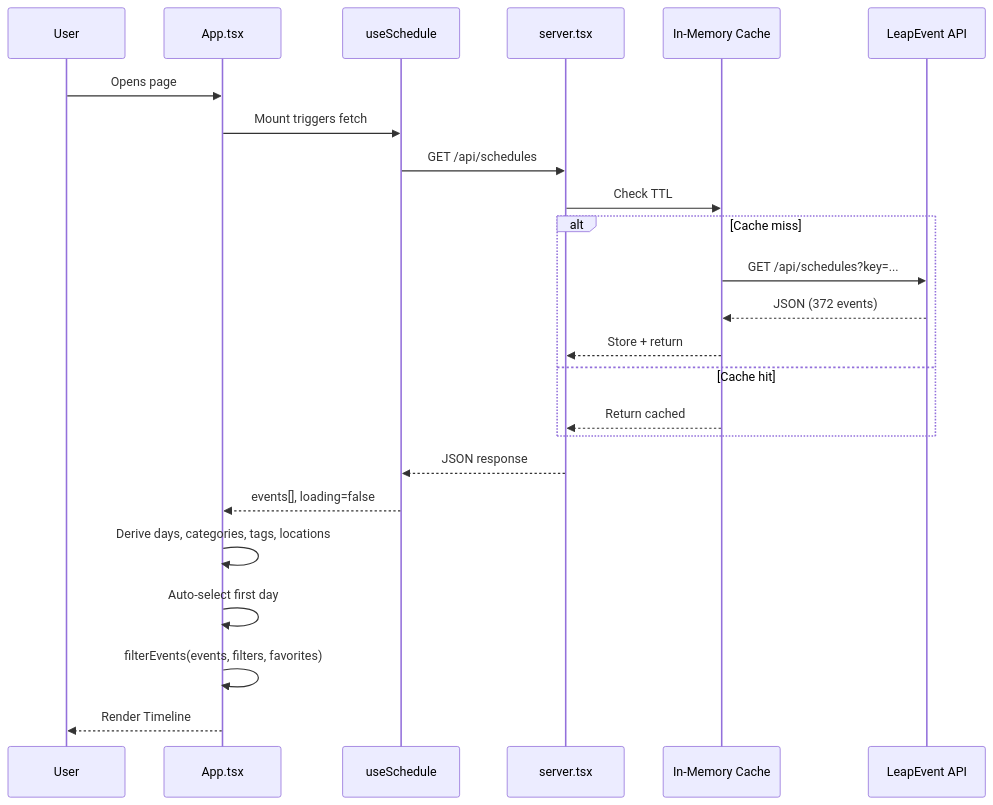
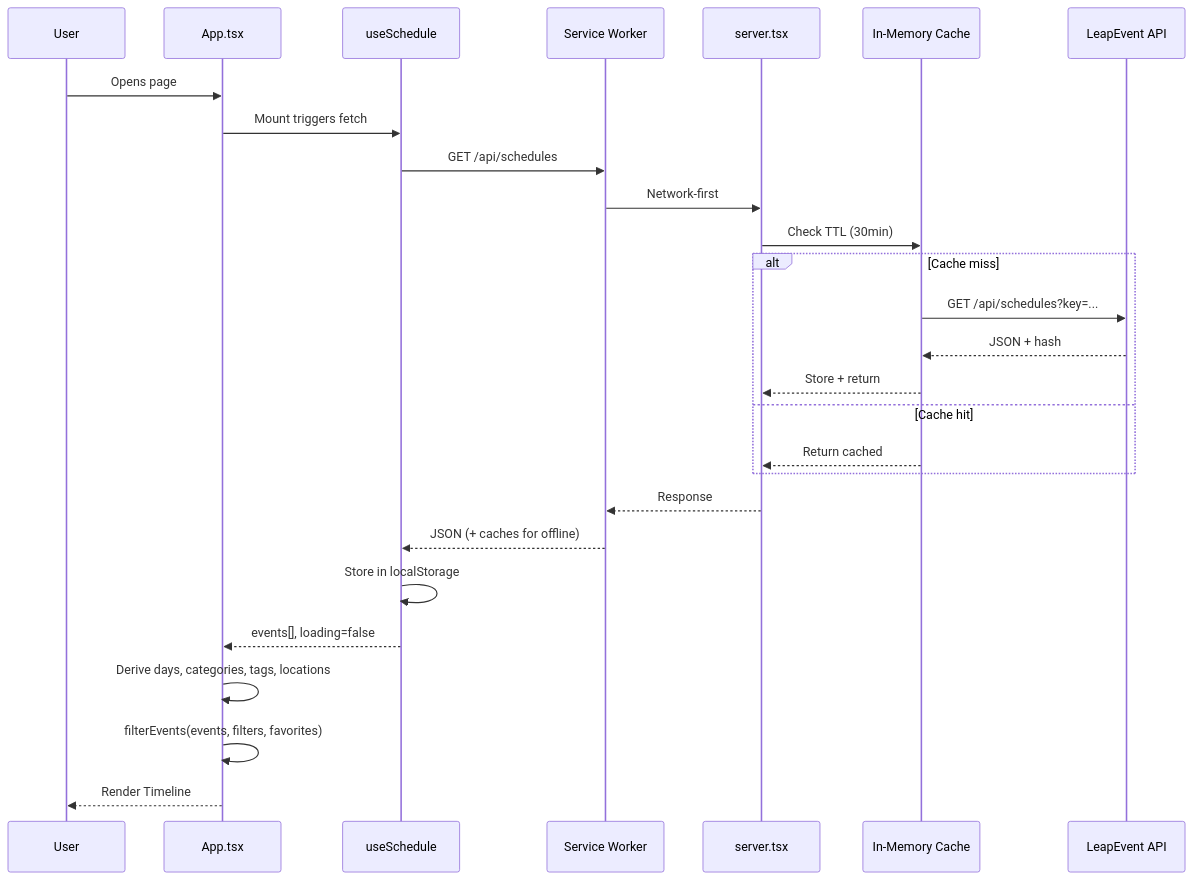
The second of 3 diagrams in docs/CODEBASE_MAP.md (karilaa-dev/emerald-schedule), drawn with Mermaid before and after one commit. The commit also changed other lines of this file and 3 other files, not shown here.

````diff
--- a/docs/CODEBASE_MAP.md
+++ b/docs/CODEBASE_MAP.md
@@ -188,27 +251,30 @@
 ```mermaid
 sequenceDiagram
     participant User
     participant App as App.tsx
     participant Hook as useSchedule
+    participant SW as Service Worker
     participant Server as server.tsx
     participant Cache as In-Memory Cache
     participant API as LeapEvent API
 
     User->>App: Opens page
     App->>Hook: Mount triggers fetch
-    Hook->>Server: GET /api/schedules
-    Server->>Cache: Check TTL
+    Hook->>SW: GET /api/schedules
+    SW->>Server: Network-first
+    Server->>Cache: Check TTL (30min)
     alt Cache miss
         Cache->>API: GET /api/schedules?key=...
-        API-->>Cache: JSON (372 events)
+        API-->>Cache: JSON + hash
         Cache-->>Server: Store + return
     else Cache hit
         Cache-->>Server: Return cached
     end
-    Server-->>Hook: JSON response
+    Server-->>SW: Response
+    SW-->>Hook: JSON (+ caches for offline)
+    Hook->>Hook: Store in localStorage
     Hook-->>App: events[], loading=false
     App->>App: Derive days, categories, tags, locations
-    App->>App: Auto-select first day
     App->>App: filterEvents(events, filters, favorites)
     App-->>User: Render Timeline
 ```
````
